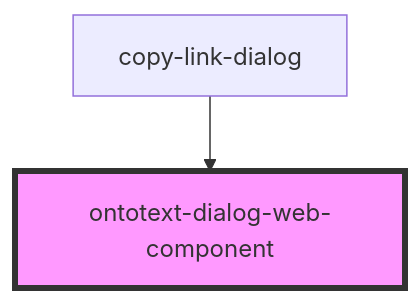
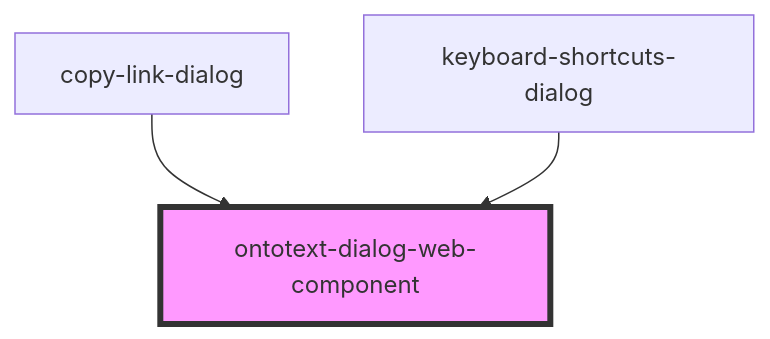
The diagram in ontotext-yasgui-web-component/src/components/ontotext-dialog-web-component/readme.md (Ontotext-AD/ontotext-yasgui), drawn with Mermaid before and after one commit. The commit also changed other lines of this file and 16 other files, not shown here.

First line of the commit message:
GDB-8022: add keyboard shortcuts dialog

````diff
--- a/ontotext-yasgui-web-component/src/components/ontotext-dialog-web-component/readme.md
+++ b/ontotext-yasgui-web-component/src/components/ontotext-dialog-web-component/readme.md
@@ -22,5 +23,6 @@
 ```mermaid
 graph TD;
   copy-link-dialog --> ontotext-dialog-web-component
+  keyboard-shortcuts-dialog --> ontotext-dialog-web-component
   style ontotext-dialog-web-component fill:#f9f,stroke:#333,stroke-width:4px
 ```
````
